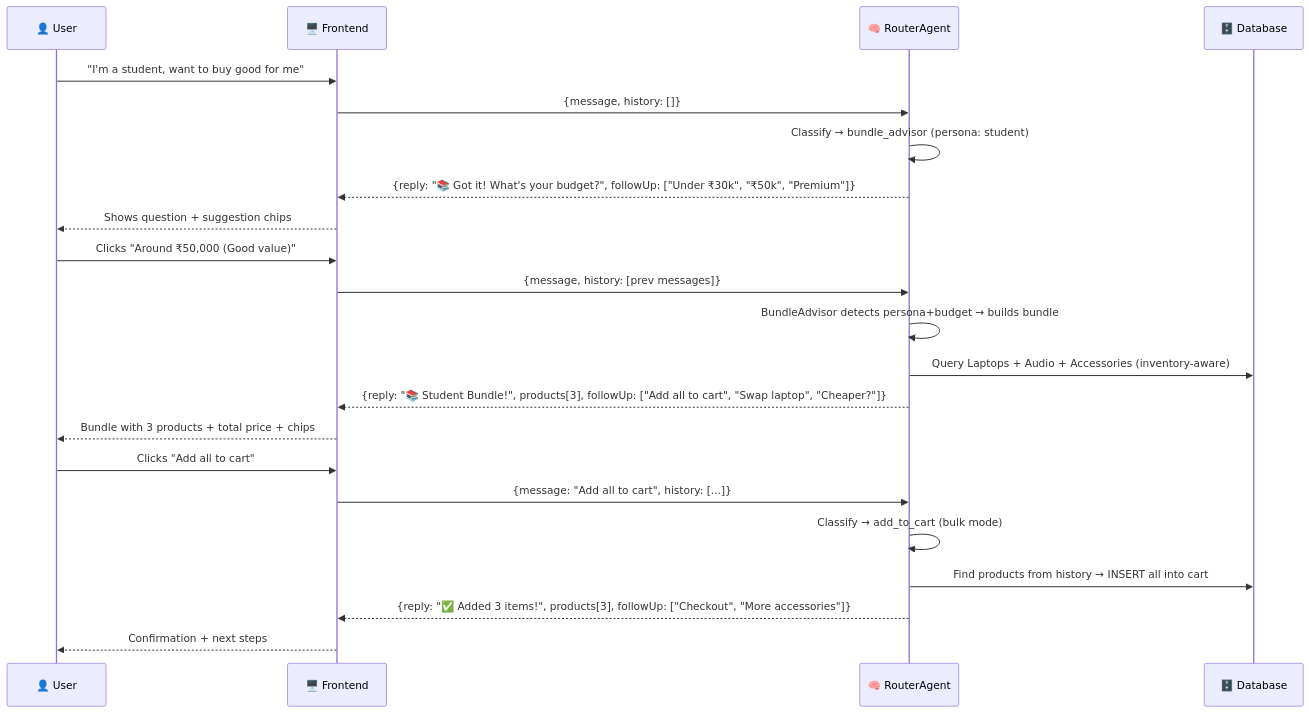
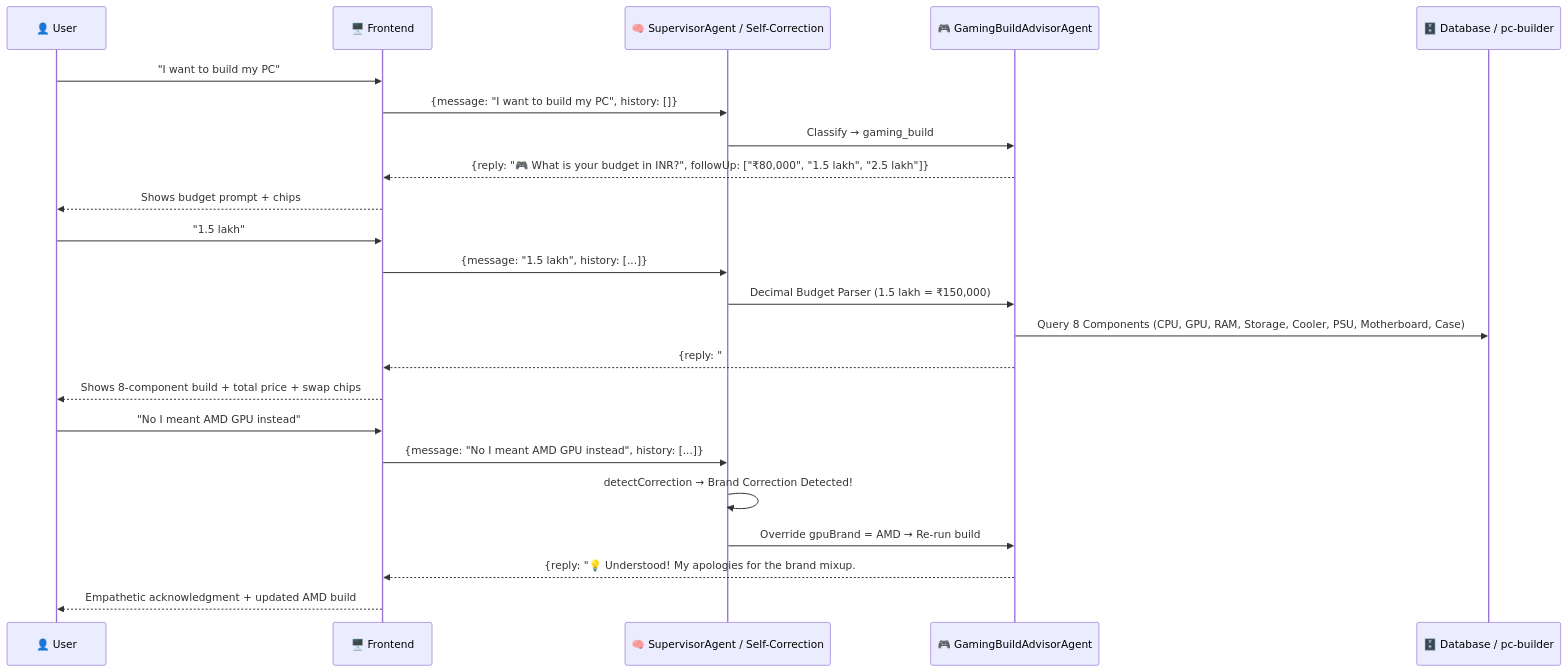
The second of 2 diagrams in docs/AGENTIC-AI-ARCHITECTURE.md (inkxe-shradha/ECommerce-Design-Suite), drawn with Mermaid before and after one commit. The commit also changed other lines of this file and 61 other files, not shown here.

````diff
--- a/docs/AGENTIC-AI-ARCHITECTURE.md
+++ b/docs/AGENTIC-AI-ARCHITECTURE.md
@@ -56,27 +67,28 @@
 ```mermaid
 sequenceDiagram
     participant U as 👤 User
     participant FE as 🖥️ Frontend
-    participant BE as 🧠 RouterAgent
-    participant DB as 🗄️ Database
+    participant SA as 🧠 SupervisorAgent / Self-Correction
+    participant GBA as 🎮 GamingBuildAdvisorAgent
+    participant DB as 🗄️ Database / pc-builder
 
-    U->>FE: "I'm a student, want to buy good for me"
-    FE->>BE: {message, history: []}
-    BE->>BE: Classify → bundle_advisor (persona: student)
-    BE-->>FE: {reply: "📚 Got it! What's your budget?", followUp: ["Under ₹30k", "₹50k", "Premium"]}
-    FE-->>U: Shows question + suggestion chips
+    U->>FE: "I want to build my PC"
+    FE->>SA: {message: "I want to build my PC", history: []}
+    SA->>GBA: Classify → gaming_build
+    GBA-->>FE: {reply: "🎮 What is your budget in INR?", followUp: ["₹80,000", "1.5 lakh", "2.5 lakh"]}
+    FE-->>U: Shows budget prompt + chips
 
-    U->>FE: Clicks "Around ₹50,000 (Good value)"
-    FE->>BE: {message, history: [prev messages]}
-    BE->>BE: BundleAdvisor detects persona+budget → builds bundle
-    BE->>DB: Query Laptops + Audio + Accessories (inventory-aware)
-    BE-->>FE: {reply: "📚 Student Bundle!", products[3], followUp: ["Add all to cart", "Swap laptop", "Cheaper?"]}
-    FE-->>U: Bundle with 3 products + total price + chips
+    U->>FE: "1.5 lakh"
+    FE->>SA: {message: "1.5 lakh", history: [...]}
+    SA->>GBA: Decimal Budget Parser (1.5 lakh = ₹150,000)
+    GBA->>DB: Query 8 Components (CPU, GPU, RAM, Storage, Cooler, PSU, Motherboard, Case)
+    GBA-->>FE: {reply: "## 🖥️ Your Gaming PC Build — ₹1,00,538", products[8], followUp: ["Yes, add to cart", "Swap GPU to Nvidia", "Can I save with a coupon?"]}
+    FE-->>U: Shows 8-component build + total price + swap chips
 
-    U->>FE: Clicks "Add all to cart"
-    FE->>BE: {message: "Add all to cart", history: [...]}
-    BE->>BE: Classify → add_to_cart (bulk mode)
-    BE->>DB: Find products from history → INSERT all into cart
-    BE-->>FE: {reply: "✅ Added 3 items!", products[3], followUp: ["Checkout", "More accessories"]}
-    FE-->>U: Confirmation + next steps
+    U->>FE: "No I meant AMD GPU instead"
+    FE->>SA: {message: "No I meant AMD GPU instead", history: [...]}
+    SA->>SA: detectCorrection → Brand Correction Detected!
+    SA->>GBA: Override gpuBrand = AMD → Re-run build
+    GBA-->>FE: {reply: "💡 Understood! My apologies for the brand mixup. ## 🖥️ Your gaming PC Build — ₹88,136", products[8]}
+    FE-->>U: Empathetic acknowledgment + updated AMD build
 ```
````
